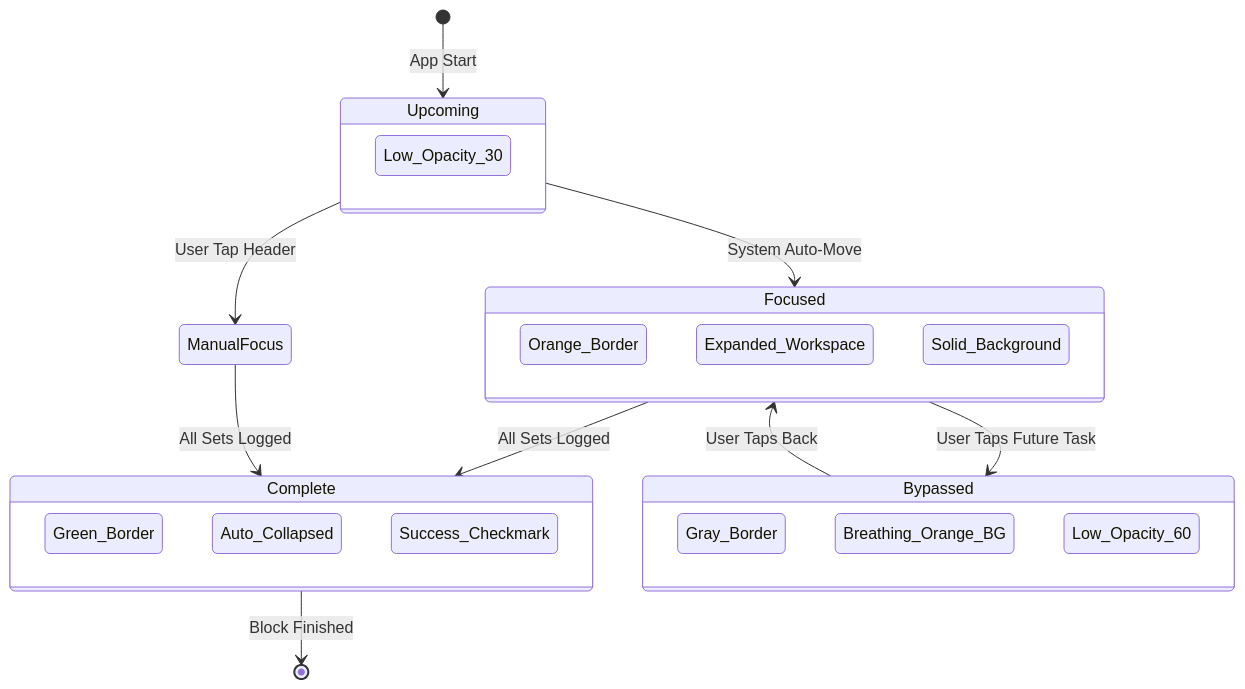
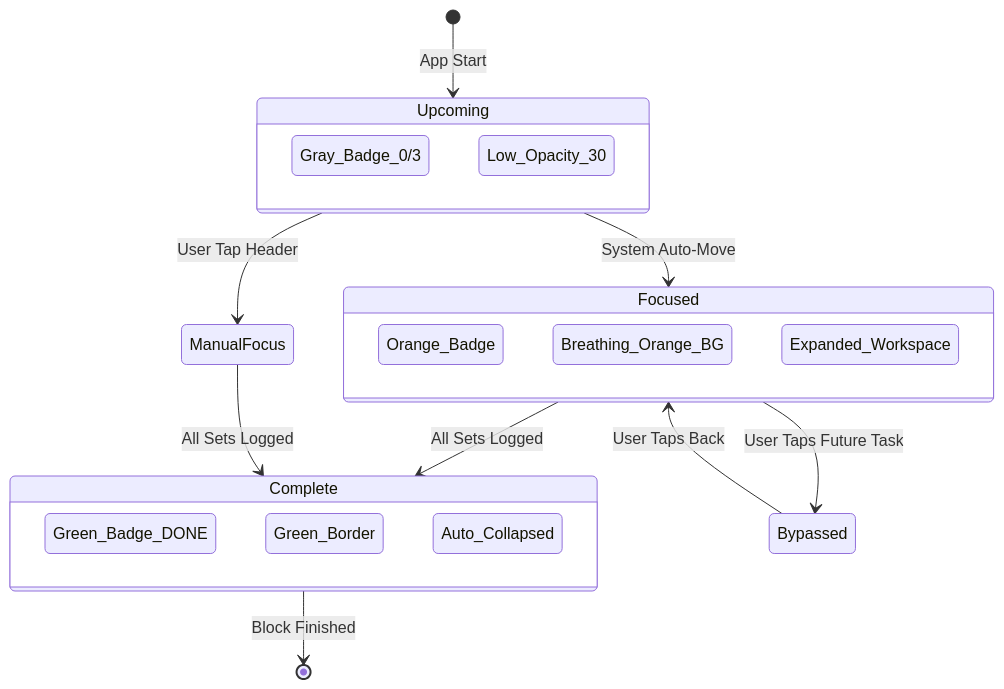
Before and after one commit to borissimov/borissimov.github.io: the second of 2 diagrams in docs/REGIMEN_LOGIC.md, drawn with Mermaid. The commit also changed other lines of this file, not shown here.

````diff
--- a/docs/REGIMEN_LOGIC.md
+++ b/docs/REGIMEN_LOGIC.md
@@ -44,34 +44,29 @@
 ```mermaid
 stateDiagram-v2
     [*] --> Upcoming : App Start
     Upcoming --> Focused : System Auto-Move
     Upcoming --> ManualFocus : User Tap Header
     
     Focused --> Complete : All Sets Logged
     ManualFocus --> Complete : All Sets Logged
     
     Focused --> Bypassed : User Taps Future Task
     Bypassed --> Focused : User Taps Back
     
     Complete --> [*] : Block Finished
     
     state Upcoming {
-        Gray_Border
+        Gray_Badge_0/3
         Low_Opacity_30
     }
     state Focused {
-        Orange_Border
+        Orange_Badge
+        Breathing_Orange_BG
         Expanded_Workspace
-        Solid_Background
-    }
-    state Bypassed {
-        Gray_Border
-        Breathing_Orange_BG
-        Low_Opacity_60
     }
     state Complete {
+        Green_Badge_DONE
         Green_Border
         Auto_Collapsed
-        Success_Checkmark
     }
 ```
````
